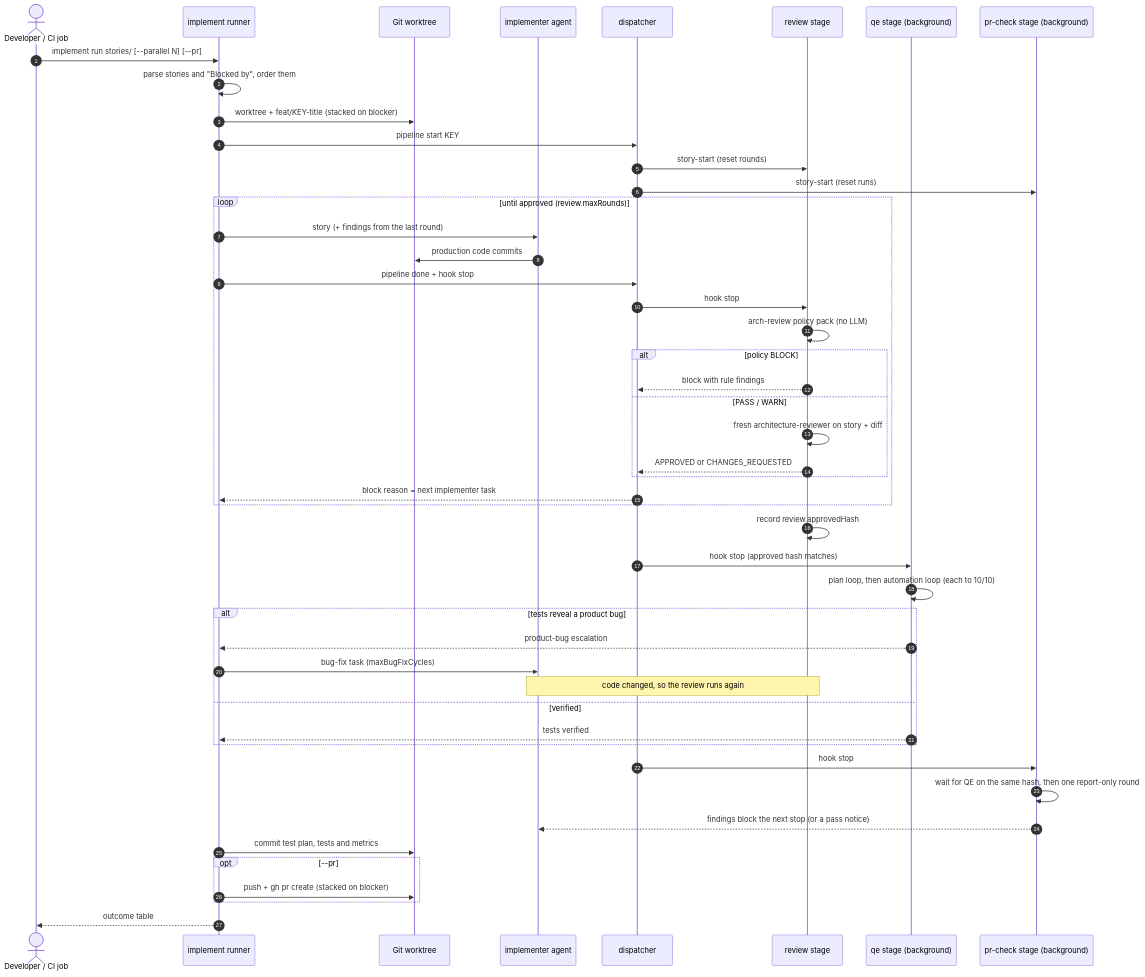
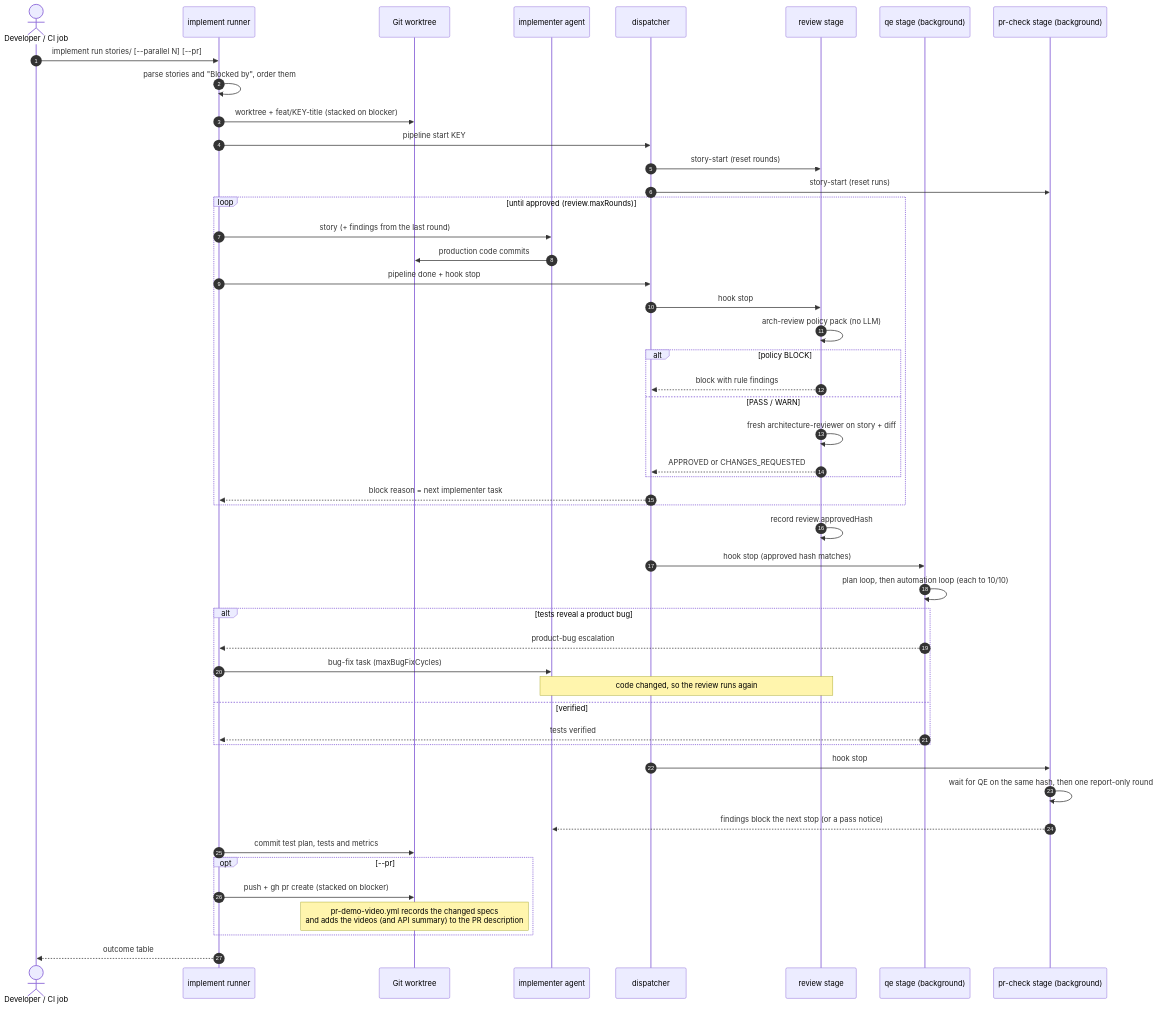
Before and after one commit to armandodollia-slalom/AI-Immersion-eShop: the second of 3 diagrams in docs/ai-pipeline/README.md, drawn with Mermaid. The commit also changed other lines of this file and 15 other files, not shown here.

First line of the commit message:
Add PR demo videos and backend API summaries to pull requests

````diff
--- a/docs/ai-pipeline/README.md
+++ b/docs/ai-pipeline/README.md
@@ -45,55 +50,56 @@
 ```mermaid
 sequenceDiagram
   autonumber
   actor Dev as Developer / CI job
   participant Run as implement runner
   participant Git as Git worktree
   participant Impl as implementer agent
   participant Disp as dispatcher
   participant Rev as review stage
   participant QE as qe stage (background)
   participant PRC as pr-check stage (background)
 
   Dev->>Run: implement run stories/ [--parallel N] [--pr]
   Run->>Run: parse stories and "Blocked by", order them
   Run->>Git: worktree + feat/KEY-title (stacked on blocker)
   Run->>Disp: pipeline start KEY
   Disp->>Rev: story-start (reset rounds)
   Disp->>PRC: story-start (reset runs)
 
   loop until approved (review.maxRounds)
     Run->>Impl: story (+ findings from the last round)
     Impl->>Git: production code commits
     Run->>Disp: pipeline done + hook stop
     Disp->>Rev: hook stop
     Rev->>Rev: arch-review policy pack (no LLM)
     alt policy BLOCK
       Rev-->>Disp: block with rule findings
     else PASS / WARN
       Rev->>Rev: fresh architecture-reviewer on story + diff
       Rev-->>Disp: APPROVED or CHANGES_REQUESTED
     end
     Disp-->>Run: block reason = next implementer task
   end
 
   Rev->>Rev: record review.approvedHash
   Disp->>QE: hook stop (approved hash matches)
   QE->>QE: plan loop, then automation loop (each to 10/10)
   alt tests reveal a product bug
     QE-->>Run: product-bug escalation
     Run->>Impl: bug-fix task (maxBugFixCycles)
     Note over Impl,Rev: code changed, so the review runs again
   else verified
     QE-->>Run: tests verified
   end
 
   Disp->>PRC: hook stop
   PRC->>PRC: wait for QE on the same hash, then one report-only round
   PRC-->>Impl: findings block the next stop (or a pass notice)
 
   Run->>Git: commit test plan, tests and metrics
   opt --pr
     Run->>Git: push + gh pr create (stacked on blocker)
+    Note over Git: pr-demo-video.yml records the changed specs<br/>and adds the videos (and API summary) to the PR description
   end
   Run-->>Dev: outcome table
 ```
````
